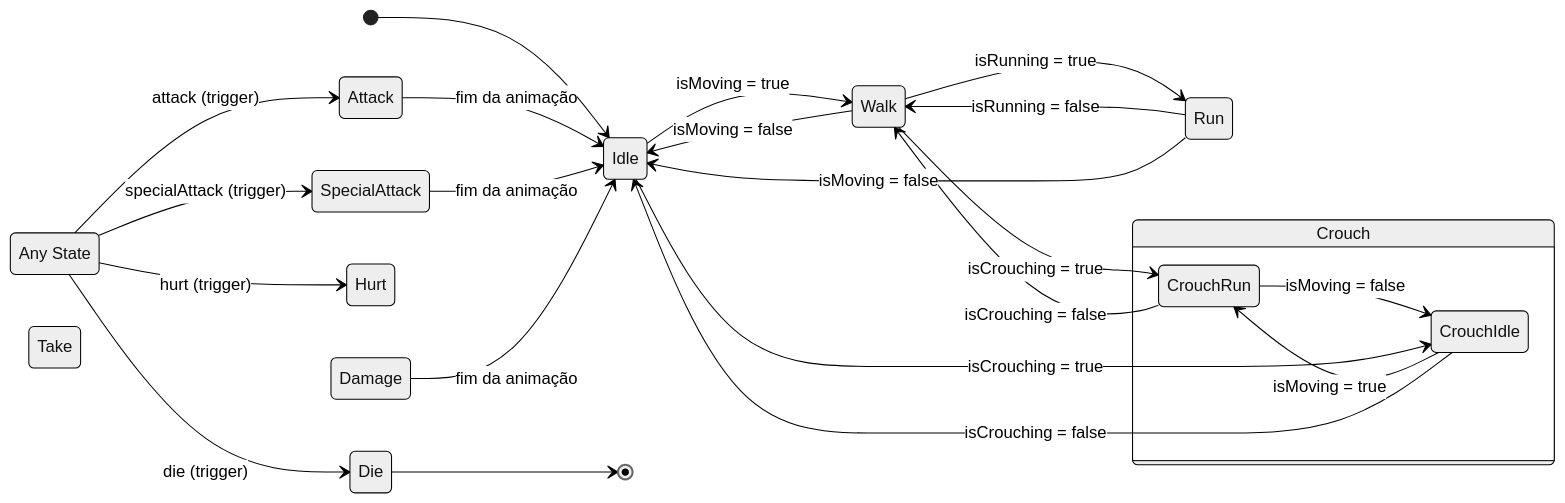
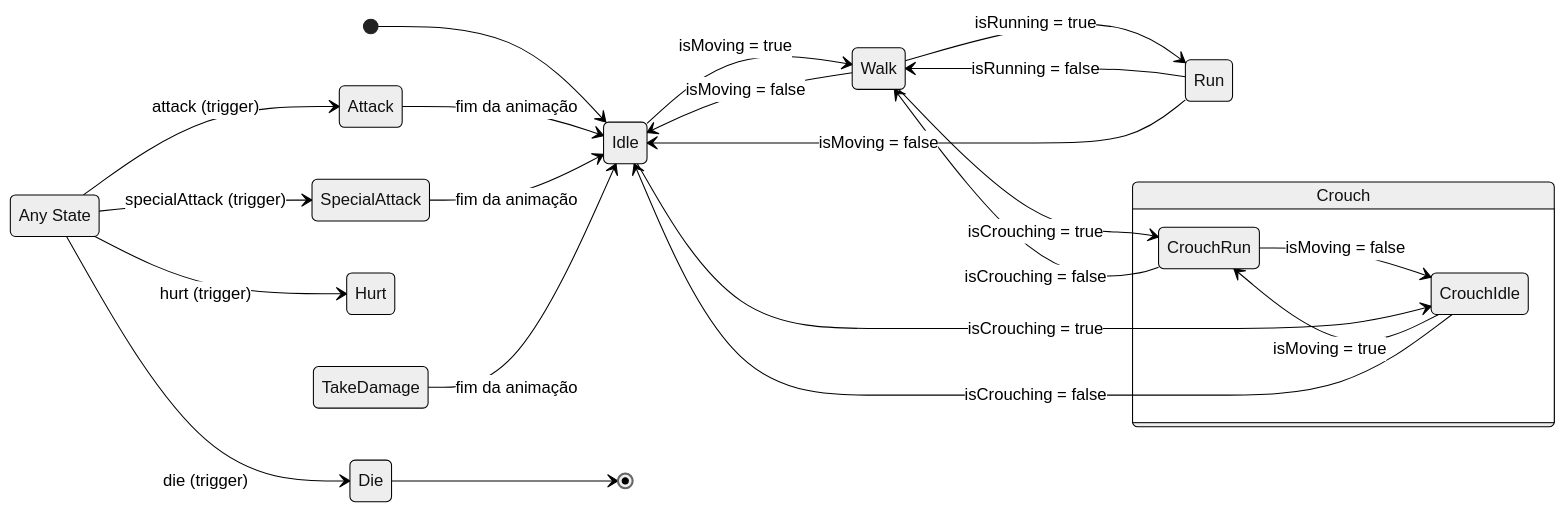
The diagram in README.md (4ferfer2l8/ProvaIA), drawn with Mermaid (neutral theme) before and after one commit.

Commit message:
Fix typo in state transition for Take Damage

````diff
--- a/README.md
+++ b/README.md
@@ -21,37 +21,37 @@
 ```mermaid
 stateDiagram-v2
     direction LR
 
     [*] --> Idle
 
     Idle --> Walk: isMoving = true
     Walk --> Idle: isMoving = false
 
     Walk --> Run: isRunning = true
     Run --> Walk: isRunning = false
     Run --> Idle: isMoving = false
 
     state Crouch {
         direction LR
         CrouchIdle --> CrouchRun: isMoving = true
         CrouchRun --> CrouchIdle: isMoving = false
     }
 
     Idle --> CrouchIdle: isCrouching = true
     CrouchIdle --> Idle: isCrouching = false
     Walk --> CrouchRun: isCrouching = true
     CrouchRun --> Walk: isCrouching = false
 
     state "Any State" as AnyState
 
     AnyState --> Attack: attack (trigger)
     AnyState --> SpecialAttack: specialAttack (trigger)
     AnyState --> Hurt: hurt (trigger)
     AnyState --> Die: die (trigger)
 
     Attack --> Idle: fim da animação
     SpecialAttack --> Idle: fim da animação
-    Take Damage --> Idle: fim da animação
+    TakeDamage --> Idle: fim da animação
 
     Die --> [*]
 ```
````
